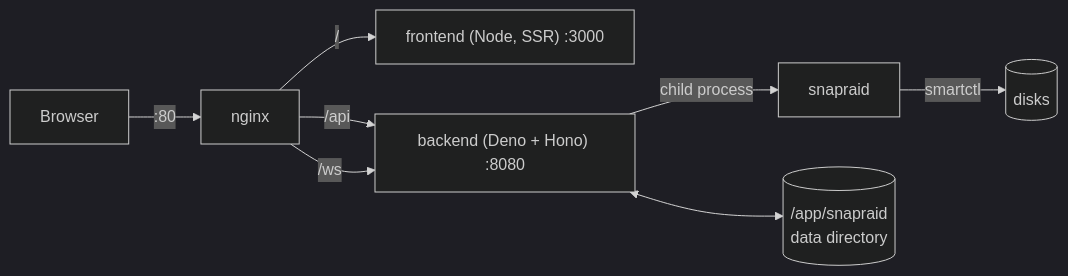
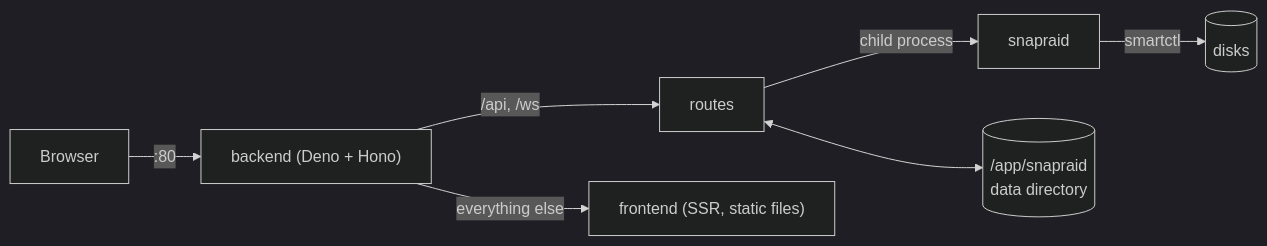
The first of 2 diagrams in docs/architecture.md (firsttris/snapraid-ui), drawn with Mermaid (dark theme) before and after one commit. The commit also changed other lines of this file and 19 other files, not shown here.

First line of the commit message:
One process: the backend serves the frontend (no nginx, supervisord or Node in the image) (#58)

````diff
--- a/docs/architecture.md
+++ b/docs/architecture.md
@@ -49,10 +49,9 @@
 ```mermaid
 flowchart LR
-  B[Browser] -->|":80"| N[nginx]
-  N -->|"/"| F["frontend (Node, SSR) :3000"]
-  N -->|"/api"| A["backend (Deno + Hono) :8080"]
-  N -->|"/ws"| A
-  A -->|child process| S[snapraid]
+  B[Browser] -->|":80"| A["backend (Deno + Hono)"]
+  A -->|"/api, /ws"| R[routes]
+  A -->|"everything else"| F["frontend (SSR, static files)"]
+  R -->|child process| S[snapraid]
   S -->|smartctl| D[(disks)]
-  A <--> V[("/app/snapraid<br/>data directory")]
+  R <--> V[("/app/snapraid<br/>data directory")]
 ```
````
